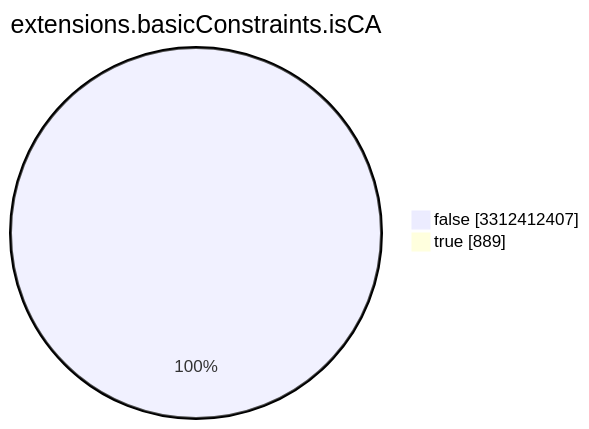
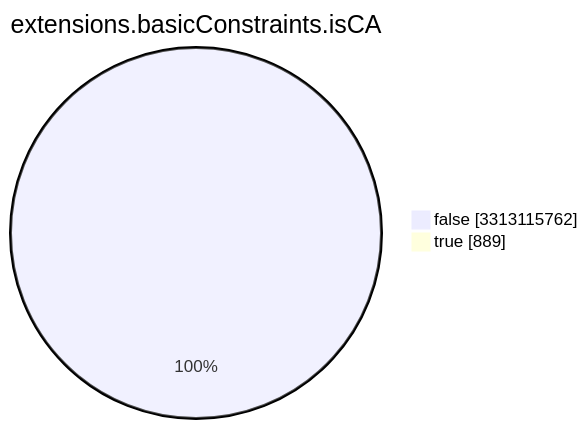
The seventh of 15 diagrams in TOTAL/README.md (christiankrug/ctmonitor_visualization), drawn with Mermaid before and after one commit. The commit also changed other lines of this file, not shown here.

````diff
--- a/TOTAL/README.md
+++ b/TOTAL/README.md
@@ -3089,6 +3089,6 @@
 ```mermaid
 pie showData
 title extensions.basicConstraints.isCA
-"false" :3312412407
+"false" :3313115762
 "true" :889
 ```
````
